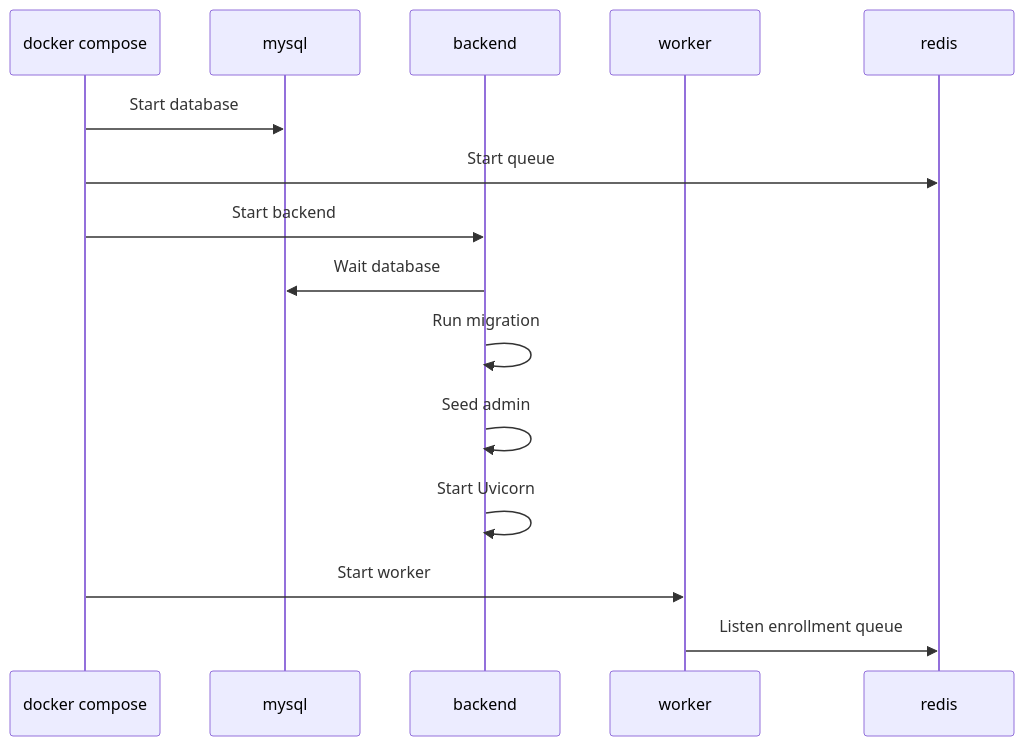
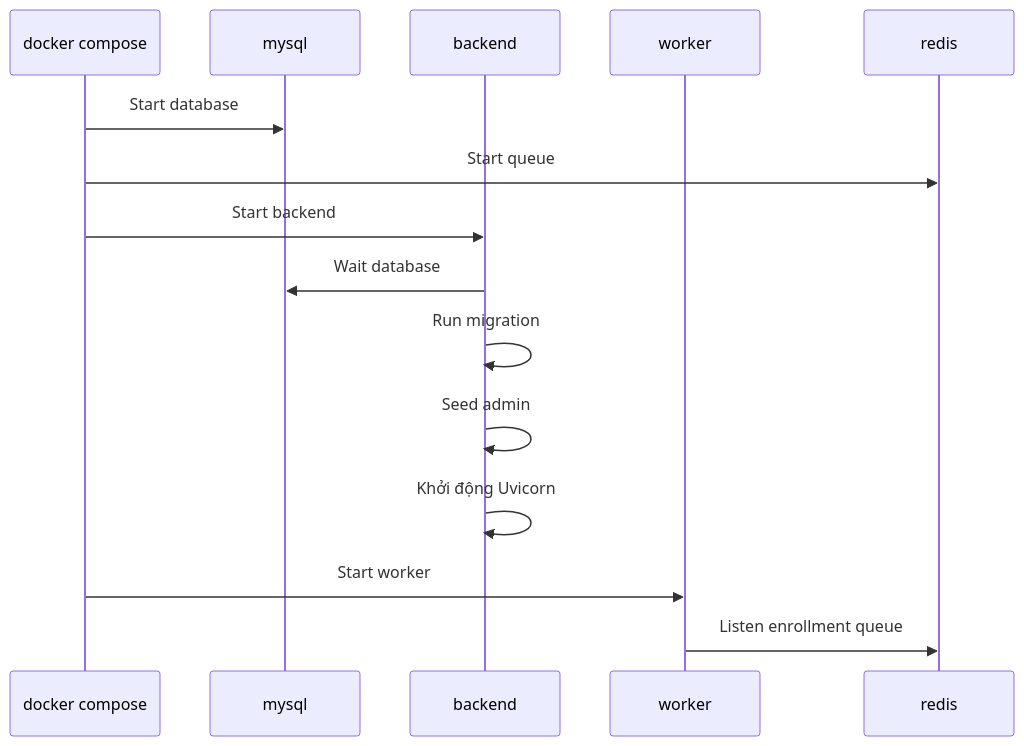
One commit to nguyenthanhlam2812/BTL_2526II_AIT3004_2-facial-recognition-system changed the fourth of 5 diagrams in docs/diagrams.md. Above: the diagram before and after it, drawn with Mermaid. The commit also changed other lines of this file and 9 other files, not shown here.

````diff
--- a/docs/diagrams.md
+++ b/docs/diagrams.md
@@ -86,18 +84,18 @@
 ```mermaid
 sequenceDiagram
     participant Compose as docker compose
     participant MySQL as mysql
     participant Backend as backend
     participant Worker as worker
     participant Redis as redis
 
     Compose->>MySQL: Start database
     Compose->>Redis: Start queue
     Compose->>Backend: Start backend
     Backend->>MySQL: Wait database
     Backend->>Backend: Run migration
     Backend->>Backend: Seed admin
-    Backend->>Backend: Start Uvicorn
+    Backend->>Backend: Khởi động Uvicorn
     Compose->>Worker: Start worker
     Worker->>Redis: Listen enrollment queue
 ```
````
